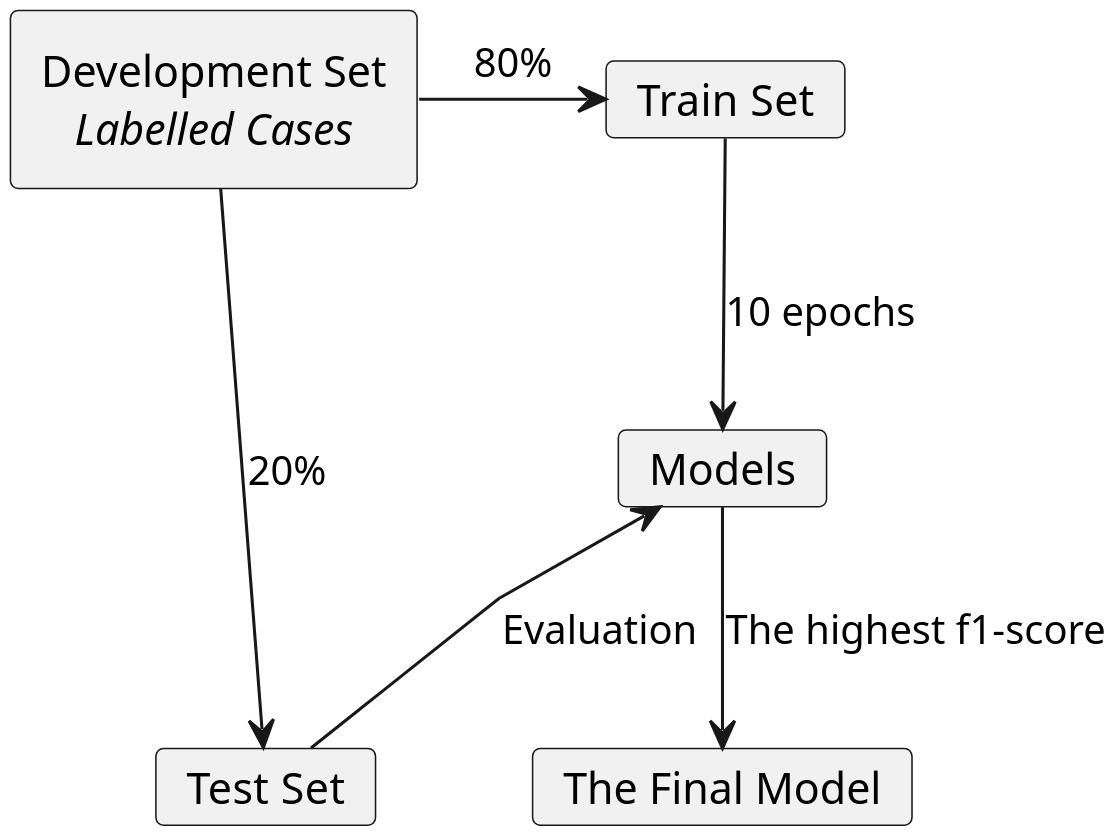
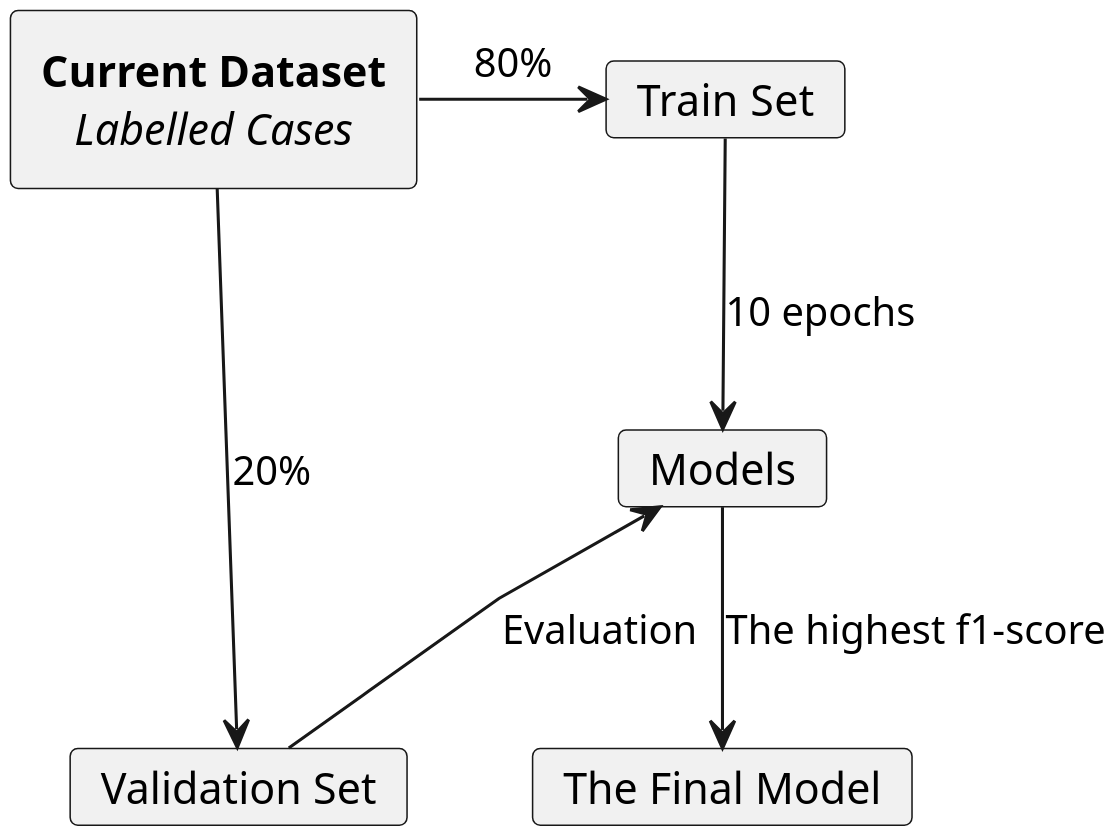
Before and after one commit to C-Campbell-Lab/A-BERT-model-from-pathology-synopses: the diagram in uml/dev.pu, drawn with PlantUML. The commit also changed 8 other files, not shown here.

```diff
--- a/uml/dev.pu
+++ b/uml/dev.pu
@@ -1,41 +1,41 @@
 @startuml dev
 skinparam defaultTextAlignment center
 skinparam linetype polyline
 skinparam Dpi 300
 
 skinparam monochrome true
 skinparam shadowing false
 skinparam classFontName Arial
 ' card lab1 as "Whether keep field"
 
 ' card lab2 as "The augmentation"
 
 ' card lab3 as "The datasize"
 
 ' card lab4 as "The augmented prediction"
 
 
 rectangle data as "
-Development Set
+**Current Dataset**
 //Labelled Cases//"
 
 card train as "Train Set"
 
 together {
-card test as "Test Set"
+card test as "Validation Set"
 
 card model as "Models"
 }
 card output as "The Final Model"
 
 data -r-> train : 80%
 
 data -r-> test : 20%
 
 train --> model : "10 epochs"
 
 test -u-> model : "Evaluation"
 
 model --> output : "The highest f1-score"
 
 @enduml
```
